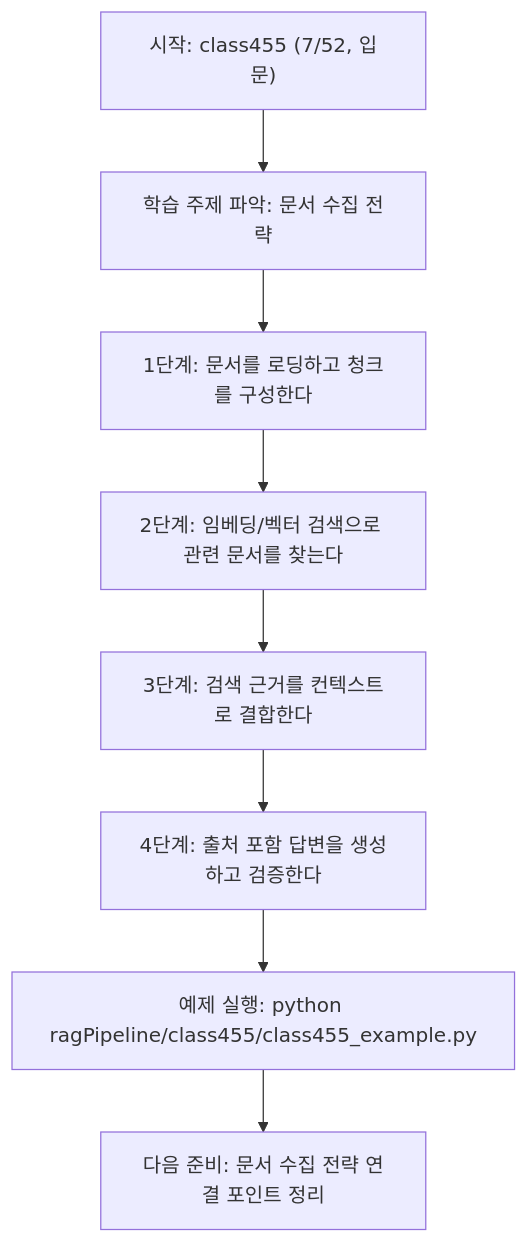
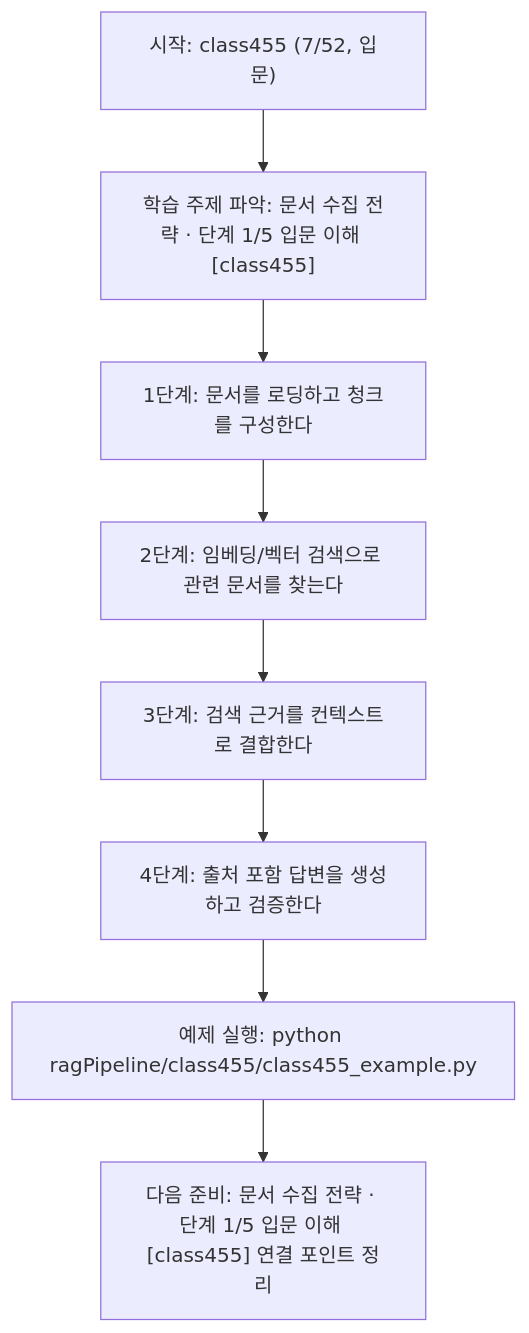
Before and after one commit to edumgt/Python-AI_Agent-Class: the diagram in ragPipeline/class455/class455.md, drawn with Mermaid. The commit also changed other lines of this file and 522 other files, not shown here.

````diff
--- a/ragPipeline/class455/class455.md
+++ b/ragPipeline/class455/class455.md
@@ -110,18 +111,18 @@
 ```mermaid
 flowchart TD
 N1["시작: class455 (7/52, 입문)"]
-N2["학습 주제 파악: 문서 수집 전략"]
+N2["학습 주제 파악: 문서 수집 전략 · 단계 1/5 입문 이해 [class455]"]
 N3["1단계: 문서를 로딩하고 청크를 구성한다"]
 N4["2단계: 임베딩/벡터 검색으로 관련 문서를 찾는다"]
 N5["3단계: 검색 근거를 컨텍스트로 결합한다"]
 N6["4단계: 출처 포함 답변을 생성하고 검증한다"]
 N7["예제 실행: python ragPipeline/class455/class455_example.py"]
-N8["다음 준비: 문서 수집 전략 연결 포인트 정리"]
+N8["다음 준비: 문서 수집 전략 · 단계 1/5 입문 이해 [class455] 연결 포인트 정리"]
 N1 --> N2
 N2 --> N3
 N3 --> N4
 N4 --> N5
 N5 --> N6
 N6 --> N7
 N7 --> N8
 ```
````
